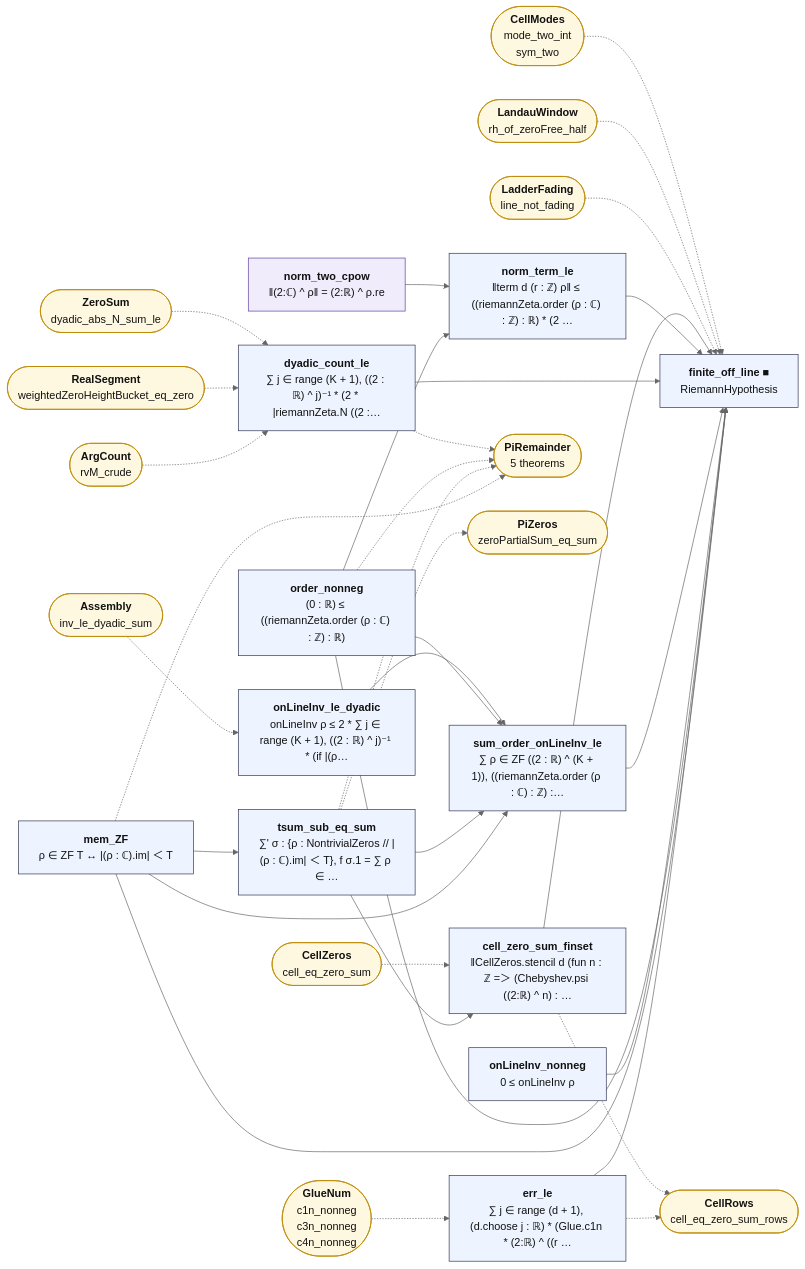
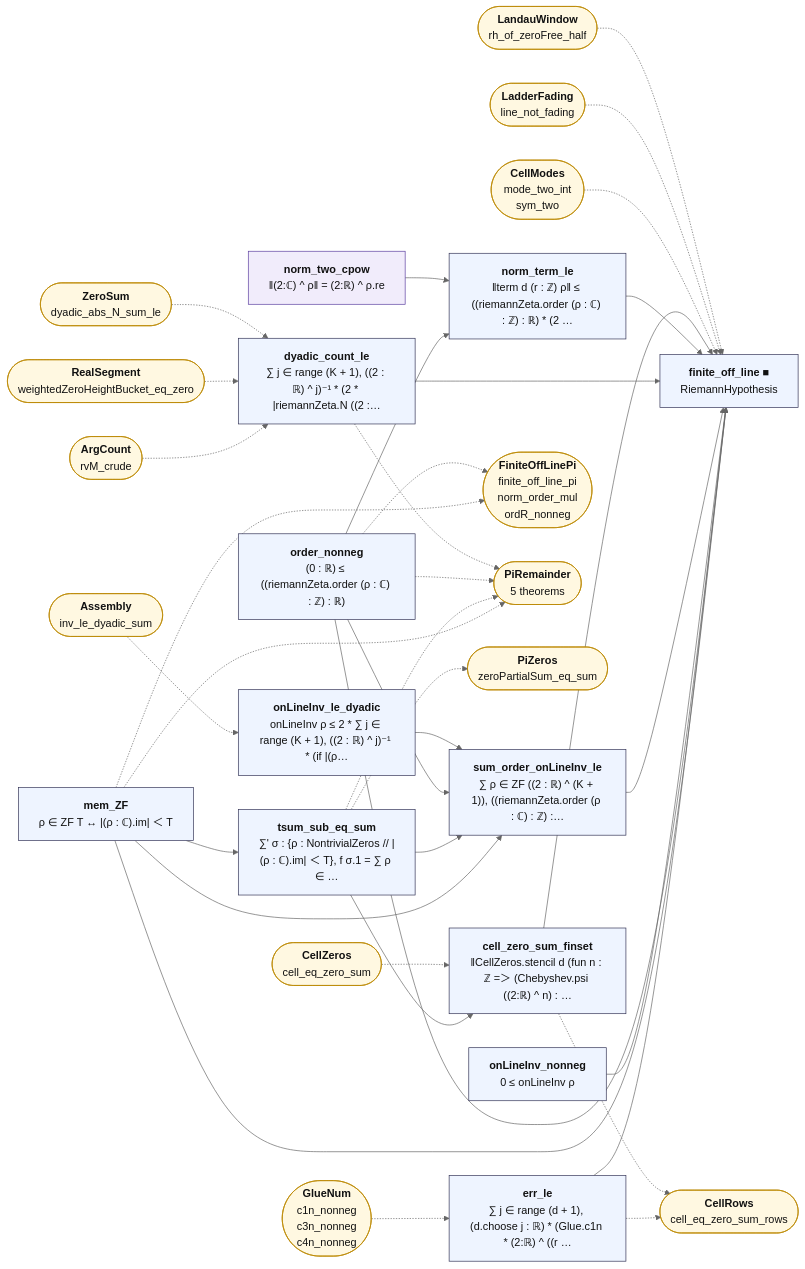
Before and after one commit to juliansambranojr/Primebeat_081426: the diagram in map/lean_stage3/FiniteOffLine.md, drawn with Mermaid (neutral theme). The commit also changed other lines of this file and 44 other files, not shown here.

First line of the commit message:
J10e: finitely many zeros off the line, on the prime count at the doublings (unit 0445)

````diff
--- a/map/lean_stage3/FiniteOffLine.md
+++ b/map/lean_stage3/FiniteOffLine.md
@@ -12,67 +12,70 @@
 ```mermaid
 flowchart LR
   n0["<b>mem_ZF</b><br/>ρ ∈ ZF T ↔ |(ρ : ℂ).im| ＜ T"]:::thm
   n1["<b>tsum_sub_eq_sum</b><br/>∑' σ : {ρ : NontrivialZeros // |(ρ : ℂ).im| ＜ T}, f σ.1 = ∑ ρ ∈ …"]:::thm
   n2["<b>order_nonneg</b><br/>(0 : ℝ) ≤ ((riemannZeta.order (ρ : ℂ) : ℤ) : ℝ)"]:::thm
   n3["<b>onLineInv_nonneg</b><br/>0 ≤ onLineInv ρ"]:::thm
   n4["<b>onLineInv_le_dyadic</b><br/>onLineInv ρ ≤ 2 * ∑ j ∈ range (K + 1), ((2 : ℝ) ^ j)⁻¹ * (if |(ρ…"]:::thm
   n5["<b>sum_order_onLineInv_le</b><br/>∑ ρ ∈ ZF ((2 : ℝ) ^ (K + 1)), ((riemannZeta.order (ρ : ℂ) : ℤ) :…"]:::thm
   n6["<b>dyadic_count_le</b><br/>∑ j ∈ range (K + 1), ((2 : ℝ) ^ j)⁻¹ * (2 * |riemannZeta.N ((2 :…"]:::thm
   n7["<b>norm_two_cpow</b><br/>‖(2:ℂ) ^ ρ‖ = (2:ℝ) ^ ρ.re"]:::shp
   n8["<b>norm_term_le</b><br/>‖term d (r : ℤ) ρ‖ ≤ ((riemannZeta.order (ρ : ℂ) : ℤ) : ℝ) * (2 …"]:::thm
   n9["<b>cell_zero_sum_finset</b><br/>‖CellZeros.stencil d (fun n : ℤ =＞ (Chebyshev.psi ((2:ℝ) ^ n) : …"]:::thm
   n10["<b>err_le</b><br/>∑ j ∈ range (d + 1), (d.choose j : ℝ) * (Glue.c1n * (2:ℝ) ^ ((r …"]:::thm
   n11["<b>finite_off_line ■</b><br/>RiemannHypothesis"]:::thm
-  x0(["<b>PiRemainder</b><br/>5 theorems"]):::ext
-  x1(["<b>PiZeros</b><br/>zeroPartialSum_eq_sum"]):::ext
-  x2(["<b>Assembly</b><br/>inv_le_dyadic_sum"]):::ext
-  x3(["<b>ArgCount</b><br/>rvM_crude"]):::ext
-  x4(["<b>RealSegment</b><br/>weightedZeroHeightBucket_eq_zero"]):::ext
-  x5(["<b>ZeroSum</b><br/>dyadic_abs_N_sum_le"]):::ext
-  x6(["<b>CellZeros</b><br/>cell_eq_zero_sum"]):::ext
-  x7(["<b>CellRows</b><br/>cell_eq_zero_sum_rows"]):::ext
-  x8(["<b>GlueNum</b><br/>c1n_nonneg<br/>c3n_nonneg<br/>c4n_nonneg"]):::ext
-  x9(["<b>CellModes</b><br/>mode_two_int<br/>sym_two"]):::ext
-  x10(["<b>LadderFading</b><br/>line_not_fading"]):::ext
-  x11(["<b>LandauWindow</b><br/>rh_of_zeroFree_half"]):::ext
+  x0(["<b>FiniteOffLinePi</b><br/>finite_off_line_pi<br/>norm_order_mul<br/>ordR_nonneg"]):::ext
+  x1(["<b>PiRemainder</b><br/>5 theorems"]):::ext
+  x2(["<b>PiZeros</b><br/>zeroPartialSum_eq_sum"]):::ext
+  x3(["<b>Assembly</b><br/>inv_le_dyadic_sum"]):::ext
+  x4(["<b>ArgCount</b><br/>rvM_crude"]):::ext
+  x5(["<b>RealSegment</b><br/>weightedZeroHeightBucket_eq_zero"]):::ext
+  x6(["<b>ZeroSum</b><br/>dyadic_abs_N_sum_le"]):::ext
+  x7(["<b>CellZeros</b><br/>cell_eq_zero_sum"]):::ext
+  x8(["<b>CellRows</b><br/>cell_eq_zero_sum_rows"]):::ext
+  x9(["<b>GlueNum</b><br/>c1n_nonneg<br/>c3n_nonneg<br/>c4n_nonneg"]):::ext
+  x10(["<b>CellModes</b><br/>mode_two_int<br/>sym_two"]):::ext
+  x11(["<b>LadderFading</b><br/>line_not_fading"]):::ext
+  x12(["<b>LandauWindow</b><br/>rh_of_zeroFree_half"]):::ext
   n0 --> n1
   n0 --> n11
   n0 --> n5
   n1 --> n5
   n1 --> n9
   n10 --> n11
   n2 --> n11
   n2 --> n5
   n2 --> n8
   n3 --> n11
   n4 --> n5
   n5 --> n11
   n6 --> n11
   n7 --> n8
   n8 --> n11
   n9 --> n11
   n0 -.-> x0
-  n1 -.-> x0
+  n0 -.-> x1
   n1 -.-> x1
-  n10 -.-> x7
+  n1 -.-> x2
+  n10 -.-> x8
   n2 -.-> x0
-  n6 -.-> x0
-  n9 -.-> x7
+  n2 -.-> x1
+  n6 -.-> x1
+  n9 -.-> x8
   x10 -.-> n11
   x11 -.-> n11
-  x2 -.-> n4
-  x3 -.-> n6
+  x12 -.-> n11
+  x3 -.-> n4
   x4 -.-> n6
   x5 -.-> n6
-  x6 -.-> n9
-  x8 -.-> n10
-  x9 -.-> n11
+  x6 -.-> n6
+  x7 -.-> n9
+  x9 -.-> n10
   classDef cnt fill:#dff5ec,stroke:#17694a,color:#111
   classDef shp fill:#f1ecfb,stroke:#5b3fa0,color:#111
   classDef rh fill:#ffe5e5,stroke:#c22,color:#111,stroke-width:2px
   classDef thm fill:#eef4ff,stroke:#335,color:#111
   classDef end_ fill:#e7f7e7,stroke:#2a7,color:#111,stroke-width:2px
   classDef lone fill:#fff,stroke:#999,color:#111,stroke-dasharray:4 3
   classDef bad fill:#ffe5e5,stroke:#c22,color:#111,stroke-width:2px
   classDef ext fill:#fff8e1,stroke:#b80,color:#111
 ```
````
